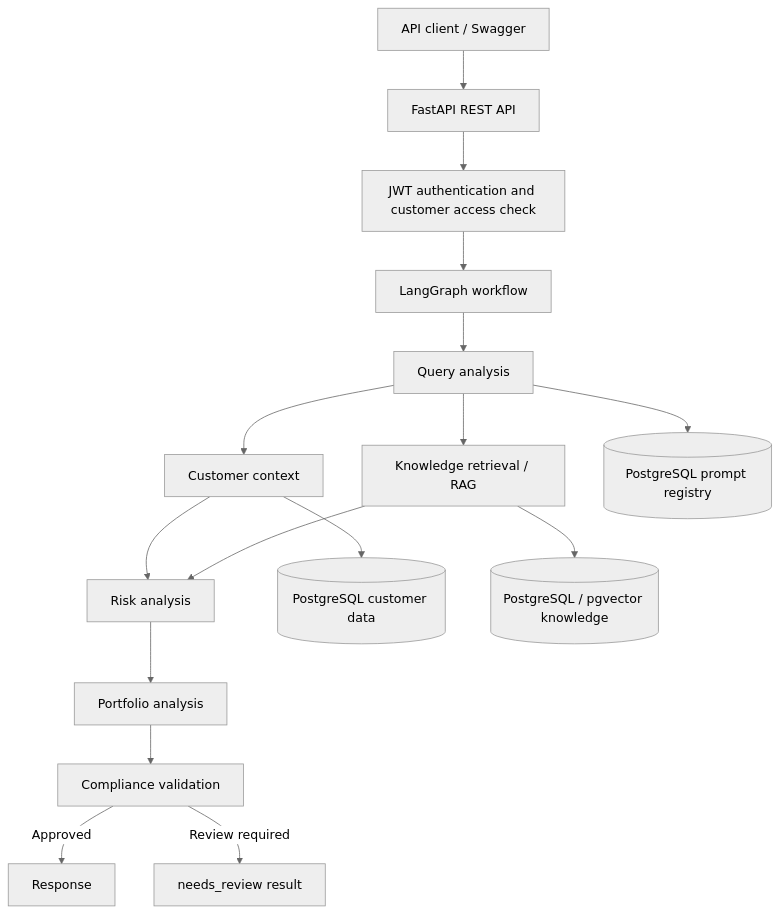
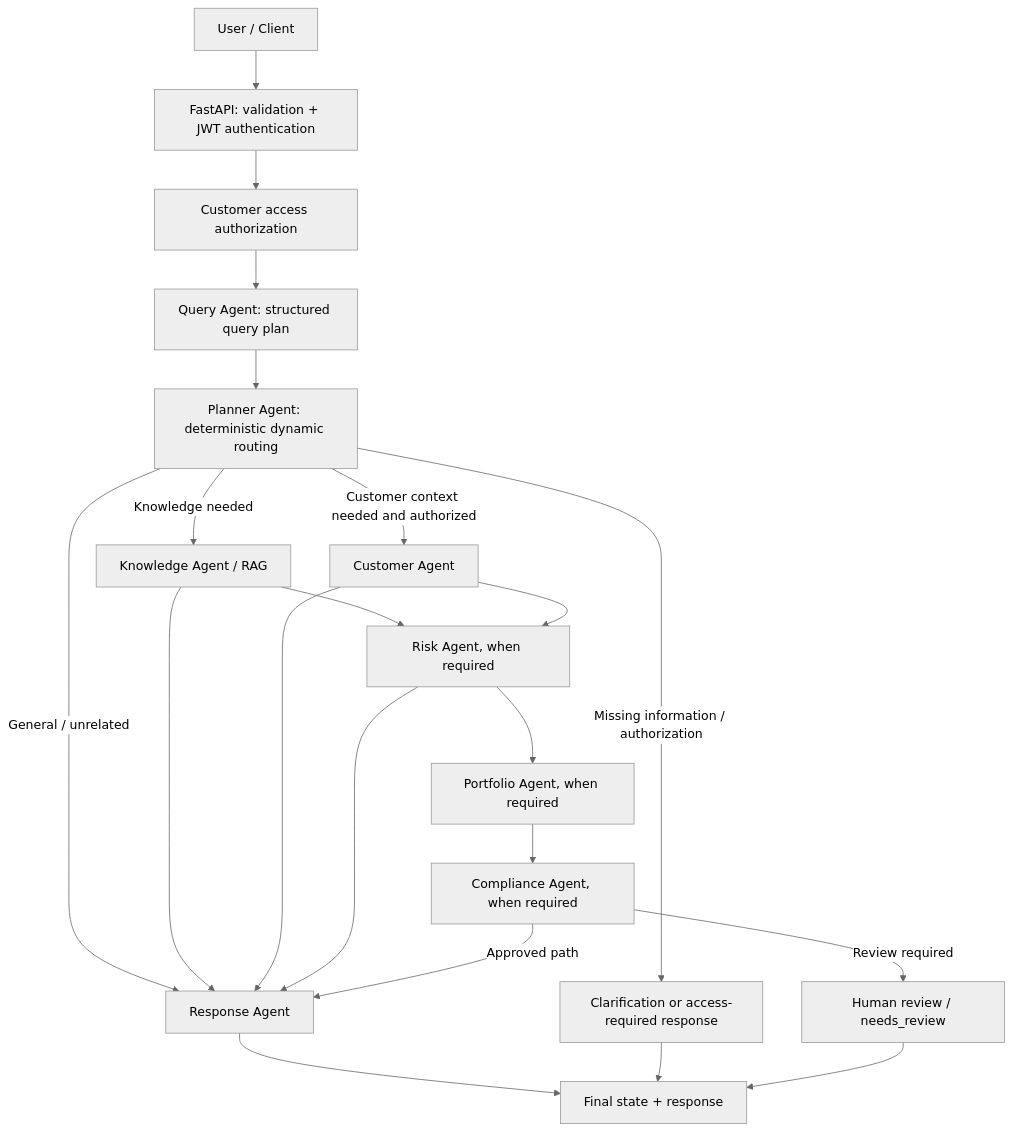
Before and after one commit to jitendra610/Investment-Financial-Advisor: the first of 2 diagrams in README.md, drawn with Mermaid (neutral theme). The commit also changed other lines of this file and 19 other files, not shown here.

````diff
--- a/README.md
+++ b/README.md
@@ -15,18 +13,23 @@
 ```mermaid
 flowchart TD
-    U[API client / Swagger] --> API[FastAPI REST API]
-    API --> AUTH[JWT authentication and customer access check]
-    AUTH --> G[LangGraph workflow]
-    G --> Q[Query analysis]
-    Q --> C[Customer context]
-    Q --> K[Knowledge retrieval / RAG]
-    C --> R[Risk analysis]
-    K --> R
-    R --> P[Portfolio analysis]
-    P --> CO[Compliance validation]
-    CO -->|Approved| A[Response]
-    CO -->|Review required| H[needs_review result]
-    C --> DB[(PostgreSQL customer data)]
-    K --> KB[(PostgreSQL / pgvector knowledge)]
-    Q --> PR[(PostgreSQL prompt registry)]
+    U[User / Client] --> API[FastAPI: validation + JWT authentication]
+    API --> AUTH[Customer access authorization]
+    AUTH --> Q[Query Agent: structured query plan]
+    Q --> P[Planner Agent: deterministic dynamic routing]
+    P -->|Missing information / authorization| CL[Clarification or access-required response]
+    P -->|General / unrelated| RESP[Response Agent]
+    P -->|Knowledge needed| K[Knowledge Agent / RAG]
+    P -->|Customer context needed and authorized| C[Customer Agent]
+    K --> R[Risk Agent, when required]
+    C --> R
+    R --> PF[Portfolio Agent, when required]
+    PF --> CO[Compliance Agent, when required]
+    K --> RESP
+    C --> RESP
+    R --> RESP
+    CO -->|Approved path| RESP
+    CO -->|Review required| HR[Human review / needs_review]
+    RESP --> OUT[Final state + response]
+    CL --> OUT
+    HR --> OUT
 ```
````
